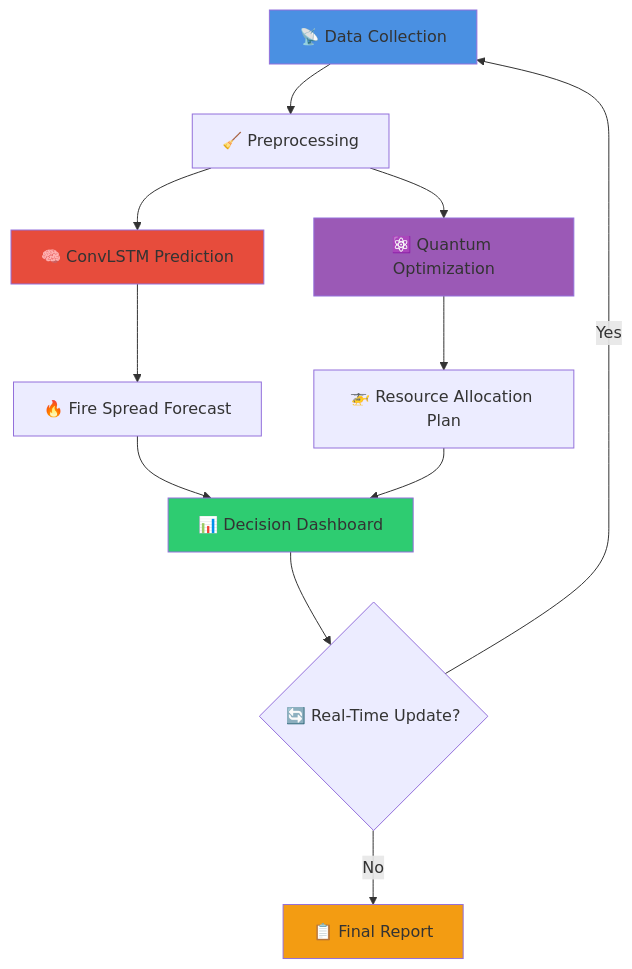
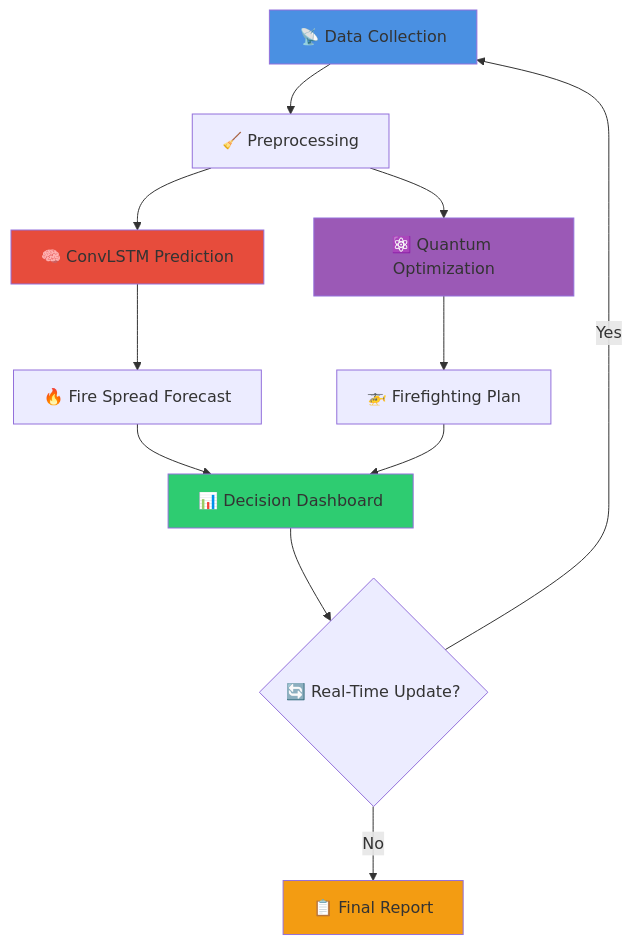
The diagram in README.md (qbrigade/hackathon_LATAM), drawn with Mermaid before and after one commit. The commit also changed other lines of this file, not shown here.

````diff
--- a/README.md
+++ b/README.md
@@ -110,22 +110,22 @@
 ```mermaid
 graph TB
     A[📡 Data Collection] --> B[🧹 Preprocessing]
     B --> C[🧠 ConvLSTM Prediction]
     B --> D[⚛️ Quantum Optimization]
     
     C --> E[🔥 Fire Spread Forecast]
-    D --> F[🚁 Resource Allocation Plan]
+    D --> F[🚁 Firefighting Plan]
     
     E --> G[📊 Decision Dashboard]
     F --> G
     
     G --> H{🔄 Real-Time Update?}
     H -->|Yes| A
     H -->|No| I[📋 Final Report]
     
     style A fill:#4a90e2
     style C fill:#e74c3c
     style D fill:#9b59b6
     style G fill:#2ecc71
     style I fill:#f39c12
 ```
````
